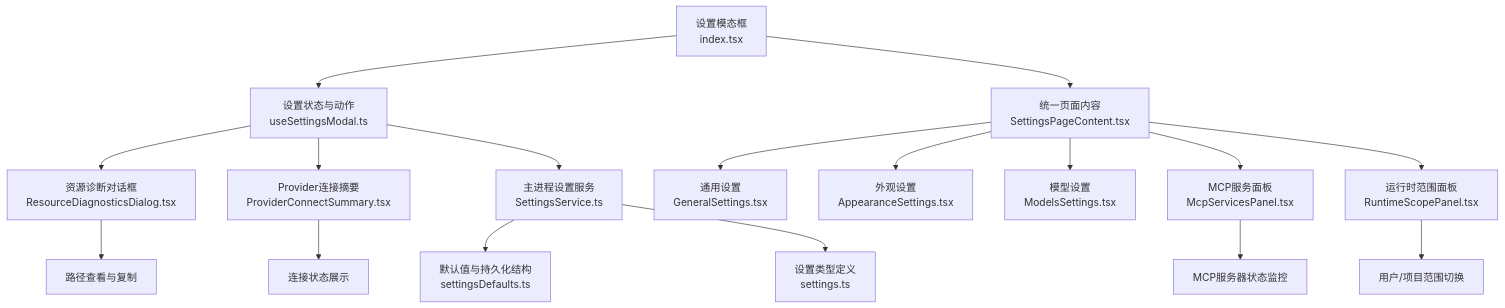
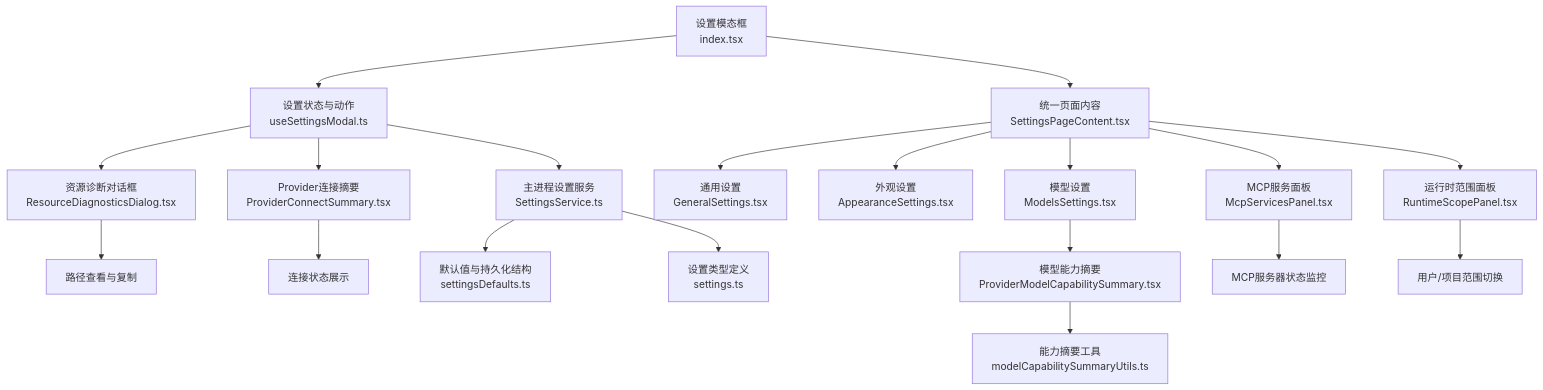
The first of 4 diagrams in .qoder/repowiki/zh/content/用户界面/设置面板/设置面板.md (haolange/RDC-Agent), drawn with Mermaid before and after one commit. The commit also changed other lines of this file and 80 other files, not shown here.

````diff
--- a/.qoder/repowiki/zh/content/用户界面/设置面板/设置面板.md
+++ b/.qoder/repowiki/zh/content/用户界面/设置面板/设置面板.md
@@ -59,19 +63,21 @@
 ```mermaid
 graph TB
 A["设置模态框<br/>index.tsx"] --> B["设置状态与动作<br/>useSettingsModal.ts"]
 A --> C["统一页面内容<br/>SettingsPageContent.tsx"]
 C --> D["通用设置<br/>GeneralSettings.tsx"]
 C --> E["外观设置<br/>AppearanceSettings.tsx"]
 C --> F["模型设置<br/>ModelsSettings.tsx"]
 C --> G["MCP服务面板<br/>McpServicesPanel.tsx"]
 C --> H["运行时范围面板<br/>RuntimeScopePanel.tsx"]
 B --> I["资源诊断对话框<br/>ResourceDiagnosticsDialog.tsx"]
 B --> J["Provider连接摘要<br/>ProviderConnectSummary.tsx"]
 H --> K["用户/项目范围切换"]
 I --> L["路径查看与复制"]
 J --> M["连接状态展示"]
 G --> N["MCP服务器状态监控"]
 B --> O["主进程设置服务<br/>SettingsService.ts"]
 O --> P["默认值与持久化结构<br/>settingsDefaults.ts"]
 O --> Q["设置类型定义<br/>settings.ts"]
+F --> R["模型能力摘要<br/>ProviderModelCapabilitySummary.tsx"]
+R --> S["能力摘要工具<br/>modelCapabilitySummaryUtils.ts"]
 ```
````
